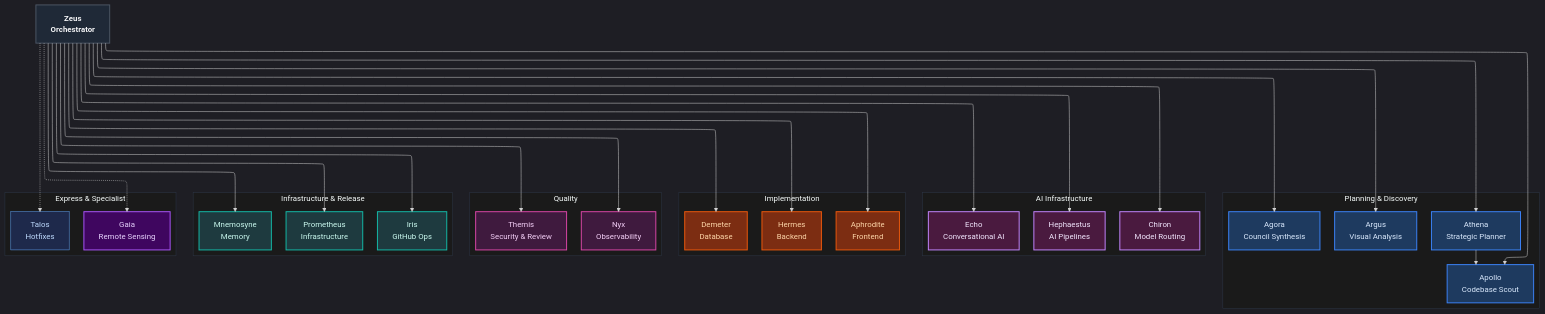
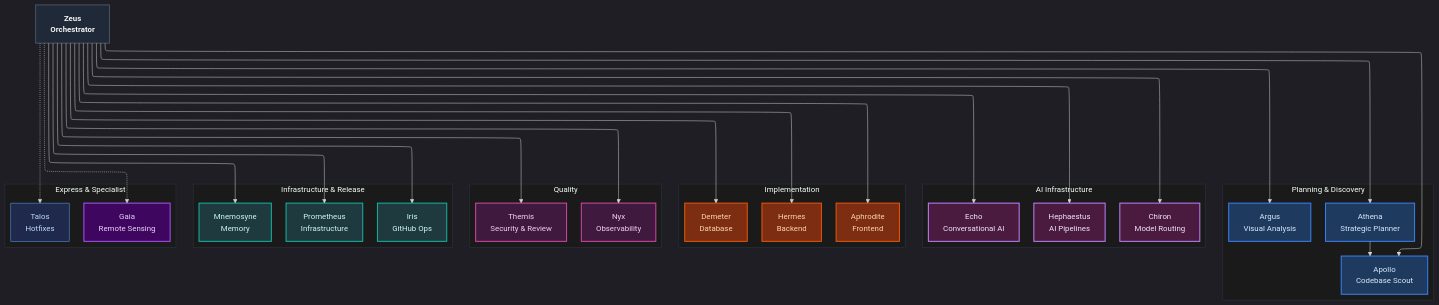
Before and after one commit to ils15/pantheon: the second of 2 diagrams in README.md, drawn with Mermaid. The commit also changed other lines of this file and 97 other files, not shown here.

````diff
--- a/README.md
+++ b/README.md
@@ -323,65 +321,65 @@
 ```mermaid
 ---
 config:
   look: classic
   theme: dark
   layout: elk
 ---
 graph TB
     classDef tier0 fill:#1f2937,stroke:#4b5563,stroke-width:2px,color:#f3f4f6,font-weight:bold
     classDef tier1 fill:#1e3a5f,stroke:#3b82f6,stroke-width:2px,color:#dbeafe
     classDef tier1b fill:#4a1a3f,stroke:#c084fc,stroke-width:2px,color:#f3e8ff
     classDef tier2 fill:#7c2d12,stroke:#ea580c,stroke-width:2px,color:#fed7aa
     classDef tier3 fill:#3f1a3e,stroke:#d946a6,stroke-width:2px,color:#f5d1f8
     classDef tier4 fill:#1e3a3f,stroke:#14b8a6,stroke-width:2px,color:#ccfbf1
     classDef tier5 fill:#1e294b,stroke:#60a5fa,stroke-width:1px,color:#bfdbfe
     classDef tier6 fill:#3f065f,stroke:#a855f7,stroke-width:2px,color:#e9d5ff
 
     O["Zeus<br/>Orchestrator"]:::tier0
 
     subgraph T1["Planning & Discovery"]
-        AG["Agora<br/>Council Synthesis"]:::tier1
+
         A1["Athena<br/>Strategic Planner"]:::tier1
         A2["Apollo<br/>Codebase Scout"]:::tier1
         A3["Argus<br/>Visual Analysis"]:::tier1
     end
 
     subgraph AI["AI Infrastructure"]
         H["Hephaestus<br/>AI Pipelines"]:::tier1b
         Q["Chiron<br/>Model Routing"]:::tier1b
         E["Echo<br/>Conversational AI"]:::tier1b
     end
 
     subgraph T2["Implementation"]
         I1["Hermes<br/>Backend"]:::tier2
         I2["Aphrodite<br/>Frontend"]:::tier2
         I3["Demeter<br/>Database"]:::tier2
     end
 
     subgraph T3["Quality"]
         T1a["Themis<br/>Security & Review"]:::tier3
         N["Nyx<br/>Observability"]:::tier3
     end
 
     subgraph T4["Infrastructure & Release"]
         R["Prometheus<br/>Infrastructure"]:::tier4
         I["Iris<br/>GitHub Ops"]:::tier4
         M["Mnemosyne<br/>Memory"]:::tier4
     end
 
     subgraph T5["Express & Specialist"]
         T["Talos<br/>Hotfixes"]:::tier5
         G["Gaia<br/>Remote Sensing"]:::tier6
     end
 
-    O --> AG & A1 & A2 & A3 & H & Q & E & I1 & I2 & I3 & T1a & N & R & I & M
+    O --> A1 & A2 & A3 & H & Q & E & I1 & I2 & I3 & T1a & N & R & I & M
     O -.-> T & G
     A1 --> A2
 
     style T1 fill:#1a1a1a,stroke:#2d3748,stroke-width:1px
     style AI fill:#1a1a1a,stroke:#2d3748,stroke-width:1px
     style T2 fill:#1a1a1a,stroke:#2d3748,stroke-width:1px
     style T3 fill:#1a1a1a,stroke:#2d3748,stroke-width:1px
     style T4 fill:#1a1a1a,stroke:#2d3748,stroke-width:1px
     style T5 fill:#1a1a1a,stroke:#2d3748,stroke-width:1px
 ```
````
